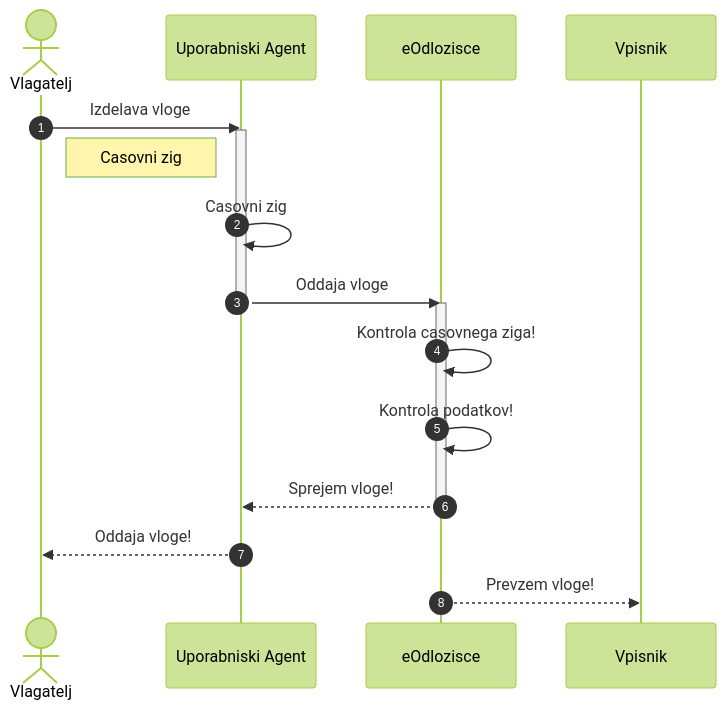
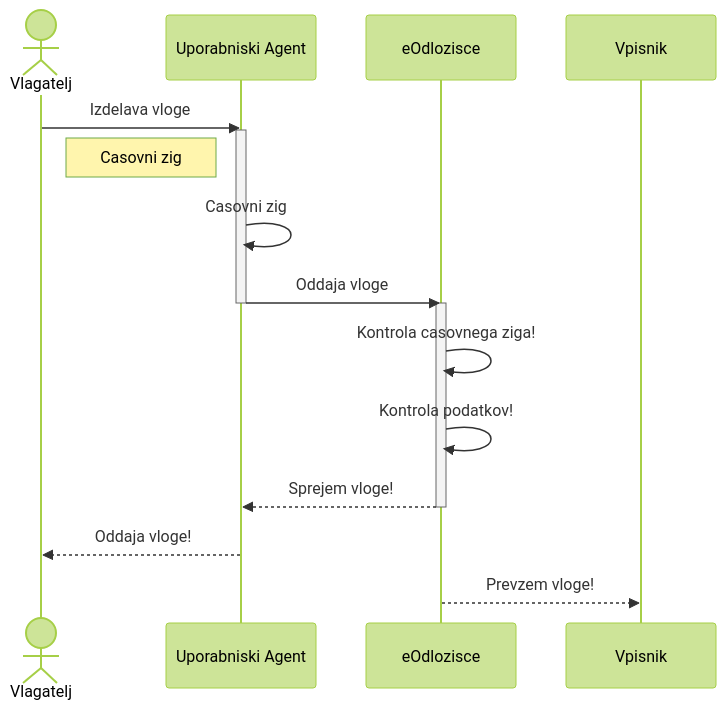
Before and after one commit to jrihtarsic/diagrams: the second of 2 diagrams in elektronsko-vlaganje.md, drawn with Mermaid (forest theme). The commit also changed other lines of this file, not shown here.

````diff
--- a/elektronsko-vlaganje.md
+++ b/elektronsko-vlaganje.md
@@ -37,21 +25,20 @@
 ```mermaid
 sequenceDiagram
-    autonumber
     actor VLG as Vlagatelj
     participant UA as Uporabniski Agent
     participant ODL as eOdlozisce
     participant VPN as Vpisnik
     VLG->>UA: Izdelava vloge
     activate UA
     Note right of VLG: Casovni zig 
     UA->>UA: Casovni zig
     UA->>ODL: Oddaja vloge
     deactivate UA
     activate ODL
     ODL->>ODL: Kontrola casovnega ziga!
     ODL->>ODL: Kontrola podatkov!
     ODL-->>UA: Sprejem vloge!
     deactivate ODL
     UA-->>VLG: Oddaja vloge!
     ODL-->>VPN: Prevzem vloge!
 ```    
````
